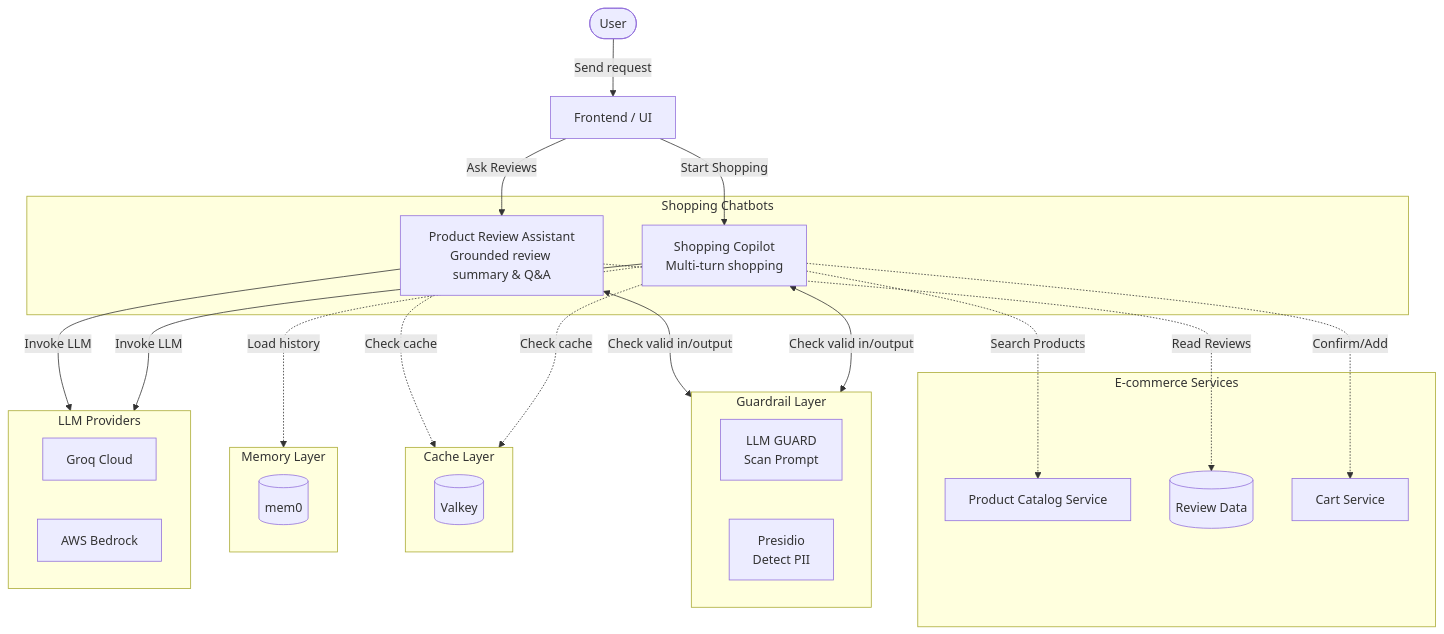
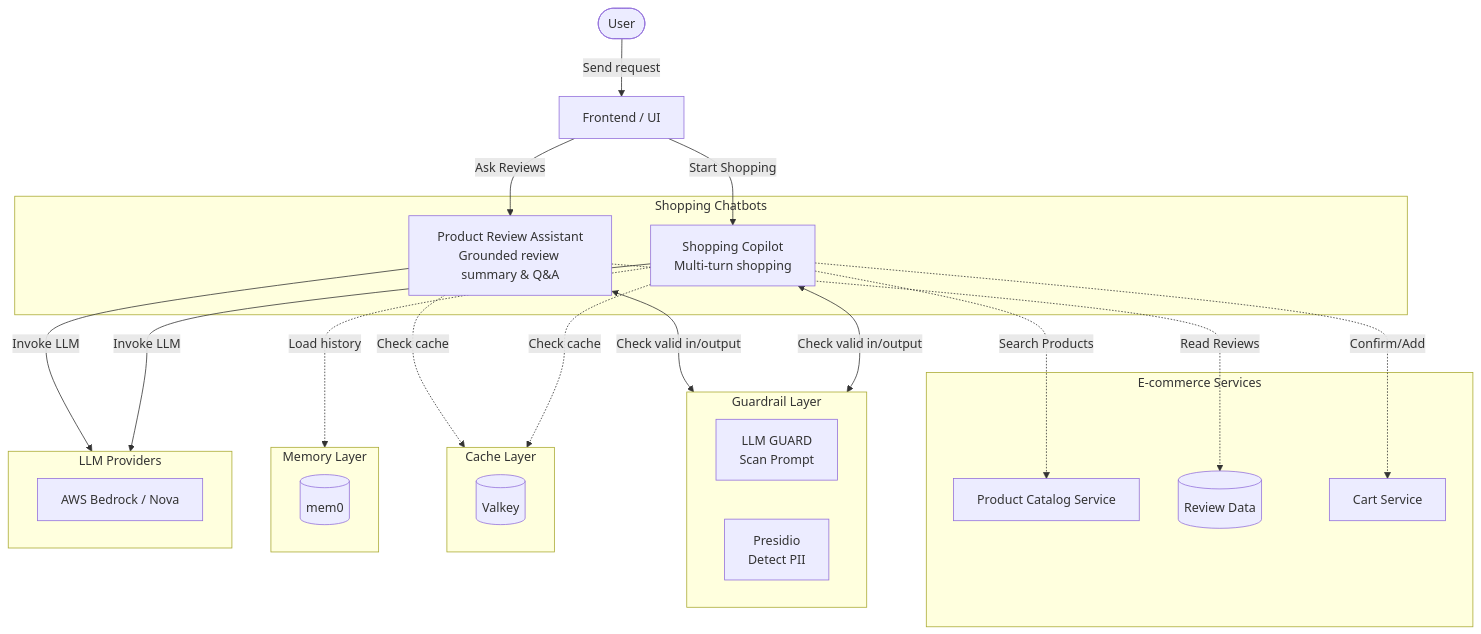
Before and after one commit to tf2-team/tf2-corp-platform: the diagram in docs/ai-engineering/ADR-AIE-06-ai-trust-safety.md, drawn with Mermaid. The commit also changed other lines of this file and 3 other files, not shown here.

````diff
--- a/docs/ai-engineering/ADR-AIE-06-ai-trust-safety.md
+++ b/docs/ai-engineering/ADR-AIE-06-ai-trust-safety.md
@@ -44,45 +44,44 @@
 ```mermaid
 flowchart TB
     User([User]) -->|Send request| UI[Frontend / UI]
 
     subgraph Chatbots [Shopping Chatbots]
         PRA[Product Review Assistant<br/>Grounded review summary & Q&A]
         SC[Shopping Copilot<br/>Multi-turn shopping]
     end
 
     UI -->|Ask Reviews| PRA
     UI -->|Start Shopping| SC
 
     subgraph Ecom [E-commerce Services]
         Catalog[Product Catalog Service]
         Reviews[(Review Data)]
         Cart[Cart Service]
     end
 
     subgraph Guardrail [Guardrail Layer]
         LLMGuard[LLM GUARD<br/>Scan Prompt]
         Presidio[Presidio<br/>Detect PII]
     end
 
     subgraph Cache [Cache Layer]
         Valkey[(Valkey)]
     end
 
     subgraph Memory [Memory Layer]
         Mem0[(mem0)]
     end
 
     subgraph LLM [LLM Providers]
-        Groq[Groq Cloud]
-        Bedrock[AWS Bedrock]
+        Bedrock[AWS Bedrock / Nova]
     end
 
     PRA & SC <-->|Check valid in/output| Guardrail
     PRA & SC -.->|Check cache| Cache
     SC -.->|Load history| Memory
     PRA & SC -->|Invoke LLM| LLM
 
     SC -.->|Search Products| Catalog
     PRA -.->|Read Reviews| Reviews
     SC -.->|Confirm/Add| Cart
 ```
````
